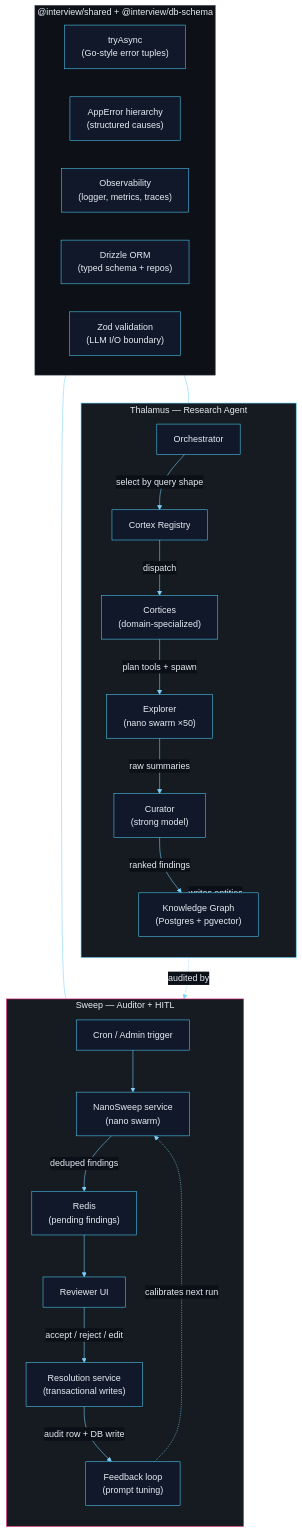
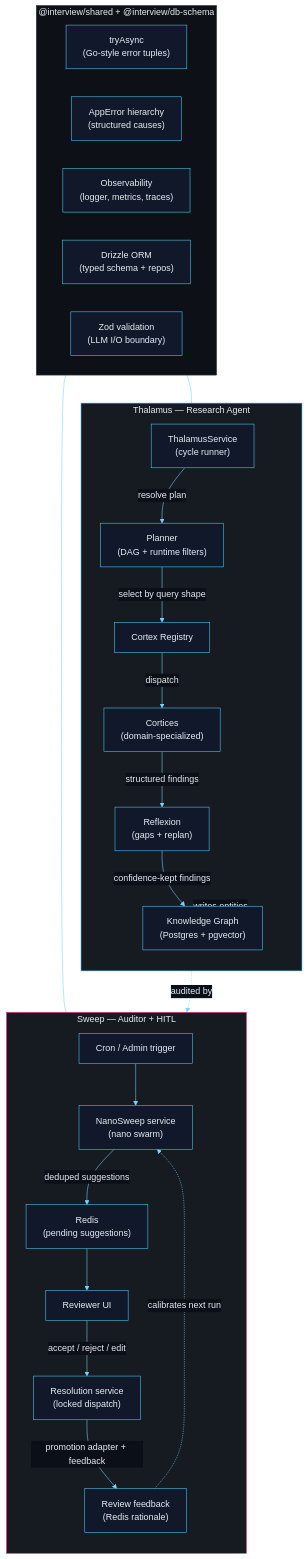
Before and after one commit to jeremienunez/thalamus-usecase-ssa-: the diagram in README.md, drawn with Mermaid. The commit also changed other lines of this file and 68 other files, not shown here.

Commit message:
docs: refresh architecture specs and PDFs

````diff
--- a/README.md
+++ b/README.md
@@ -81,55 +81,55 @@
 ```mermaid
 %%{init: {'theme':'base','themeVariables':{'background':'#0b0f17','primaryColor':'#11182a','primaryTextColor':'#e6edf3','primaryBorderColor':'#4cc9f0','secondaryColor':'#1a2033','tertiaryColor':'#141a28','secondaryTextColor':'#e6edf3','tertiaryTextColor':'#e6edf3','noteTextColor':'#e6edf3','noteBkgColor':'#1a2033','noteBorderColor':'#4cc9f0','lineColor':'#7dd3fc','textColor':'#e6edf3','mainBkg':'#11182a','secondBkg':'#1a2033','clusterBkg':'#0d1320','clusterBorder':'#4cc9f0','titleColor':'#e6edf3','edgeLabelBackground':'#0b0f17','labelBoxBkgColor':'#11182a','labelBoxBorderColor':'#4cc9f0','labelTextColor':'#e6edf3','actorBkg':'#11182a','actorBorder':'#4cc9f0','actorTextColor':'#e6edf3','actorLineColor':'#7dd3fc','signalColor':'#e6edf3','signalTextColor':'#e6edf3','activationBkgColor':'#1a2033','activationBorderColor':'#4cc9f0','sequenceNumberColor':'#0b0f17','classText':'#e6edf3'}}}%%
 flowchart TB
     classDef default fill:#11182a,stroke:#4cc9f0,stroke-width:1px,color:#e6edf3;
     subgraph FOUNDATION["@interview/shared + @interview/db-schema"]
         direction LR
         tryAsync["tryAsync<br/>(Go-style error tuples)"]
         AppError["AppError hierarchy<br/>(structured causes)"]
         Observability["Observability<br/>(logger, metrics, traces)"]
         Drizzle["Drizzle ORM<br/>(typed schema + repos)"]
         Zod["Zod validation<br/>(LLM I/O boundary)"]
     end
 
     subgraph THALAMUS["Thalamus — Research Agent"]
         direction TB
-        Orch["Orchestrator"]
+        Orch["ThalamusService<br/>(cycle runner)"]
+        Planner["Planner<br/>(DAG + runtime filters)"]
         Registry["Cortex Registry"]
         Cortices["Cortices<br/>(domain-specialized)"]
-        Explorer["Explorer<br/>(nano swarm ×50)"]
-        Curator["Curator<br/>(strong model)"]
+        Reflexion["Reflexion<br/>(gaps + replan)"]
         KG["Knowledge Graph<br/>(Postgres + pgvector)"]
 
-        Orch -->|"select by query shape"| Registry
+        Orch -->|"resolve plan"| Planner
+        Planner -->|"select by query shape"| Registry
         Registry -->|"dispatch"| Cortices
-        Cortices -->|"plan tools + spawn"| Explorer
-        Explorer -->|"raw summaries"| Curator
-        Curator -->|"ranked findings"| KG
+        Cortices -->|"structured findings"| Reflexion
+        Reflexion -->|"confidence-kept findings"| KG
     end
 
     subgraph SWEEP["Sweep — Auditor + HITL"]
         direction TB
         Cron["Cron / Admin trigger"]
         NanoSweep["NanoSweep service<br/>(nano swarm)"]
-        Redis["Redis<br/>(pending findings)"]
+        Redis["Redis<br/>(pending suggestions)"]
         ReviewerUI["Reviewer UI"]
-        Resolution["Resolution service<br/>(transactional writes)"]
-        Feedback["Feedback loop<br/>(prompt tuning)"]
+        Resolution["Resolution service<br/>(locked dispatch)"]
+        Feedback["Review feedback<br/>(Redis rationale)"]
 
         Cron --> NanoSweep
-        NanoSweep -->|"deduped findings"| Redis
+        NanoSweep -->|"deduped suggestions"| Redis
         Redis --> ReviewerUI
         ReviewerUI -->|"accept / reject / edit"| Resolution
-        Resolution -->|"audit row + DB write"| Feedback
+        Resolution -->|"promotion adapter + feedback"| Feedback
     end
 
     THALAMUS -->|"writes entities"| KG
     KG -.->|"audited by"| SWEEP
     Feedback -.->|"calibrates next run"| NanoSweep
     FOUNDATION --- THALAMUS
     FOUNDATION --- SWEEP
 
     style FOUNDATION fill:#0d1117,stroke:#30363d,color:#e6edf3
     style THALAMUS fill:#161b22,stroke:#4cc9f0,color:#e6edf3
     style SWEEP fill:#161b22,stroke:#f72585,color:#e6edf3
 ```
````
